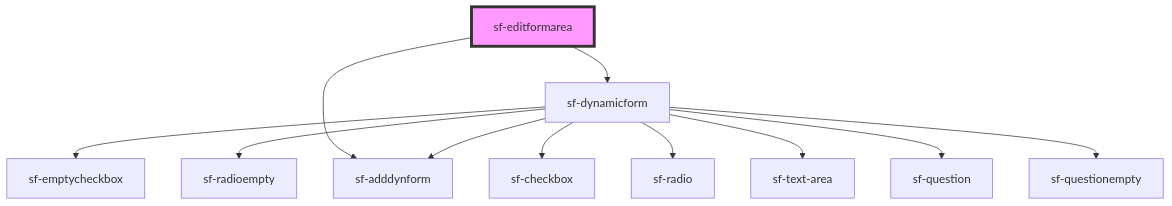
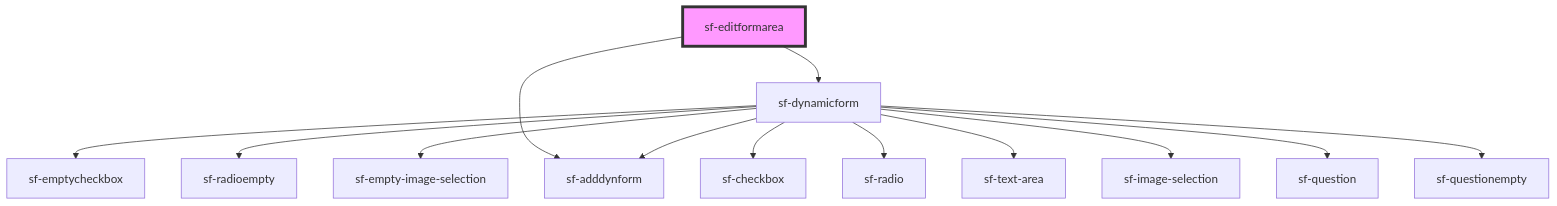
Before and after one commit to pxcemaker/SmartForms: the diagram in fusion-opl/stencil-smartform-on-main/src/components/sf-editformarea/readme.md, drawn with Mermaid. The commit also changed 8 other files, not shown here.

Commit message:
Image-Selection is part of dynamicform

````diff
--- a/fusion-opl/stencil-smartform-on-main/src/components/sf-editformarea/readme.md
+++ b/fusion-opl/stencil-smartform-on-main/src/components/sf-editformarea/readme.md
@@ -16,14 +16,16 @@
 ```mermaid
 graph TD;
   sf-editformarea --> sf-dynamicform
   sf-editformarea --> sf-adddynform
   sf-dynamicform --> sf-emptycheckbox
   sf-dynamicform --> sf-radioempty
+  sf-dynamicform --> sf-empty-image-selection
   sf-dynamicform --> sf-adddynform
   sf-dynamicform --> sf-checkbox
   sf-dynamicform --> sf-radio
   sf-dynamicform --> sf-text-area
+  sf-dynamicform --> sf-image-selection
   sf-dynamicform --> sf-question
   sf-dynamicform --> sf-questionempty
   style sf-editformarea fill:#f9f,stroke:#333,stroke-width:4px
 ```
````
